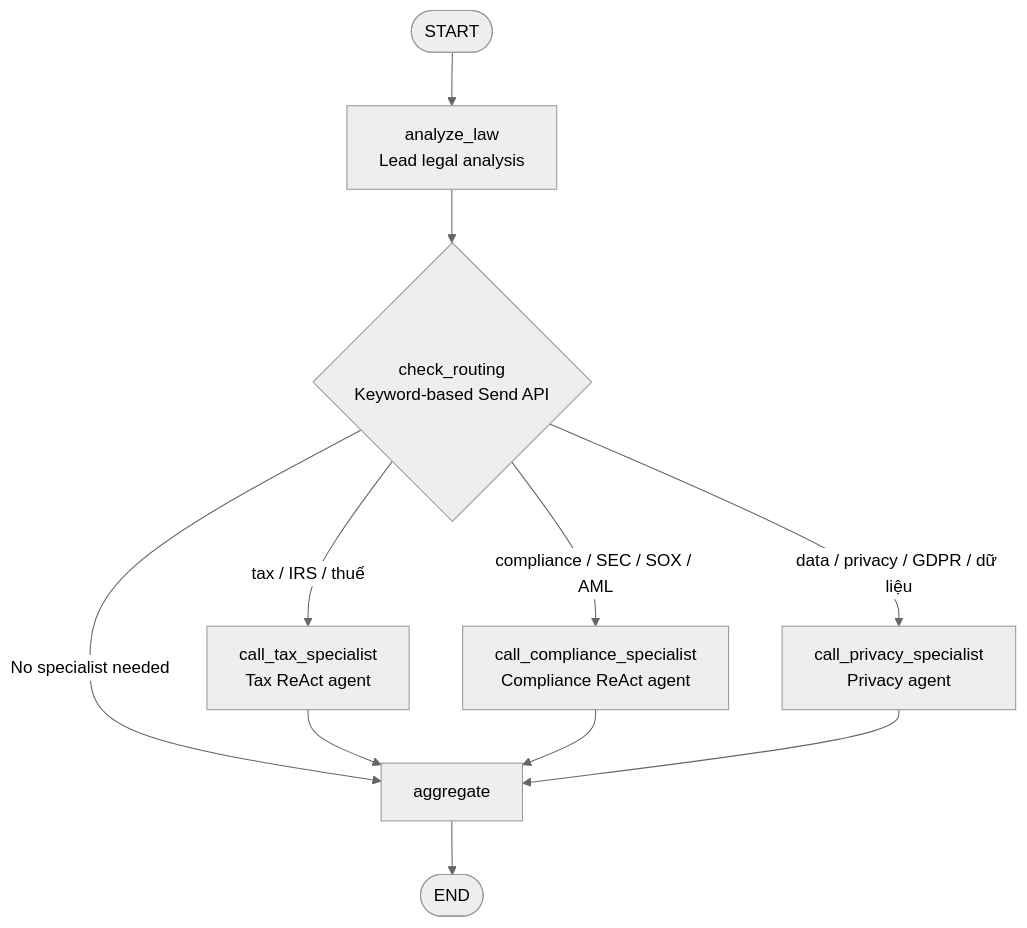
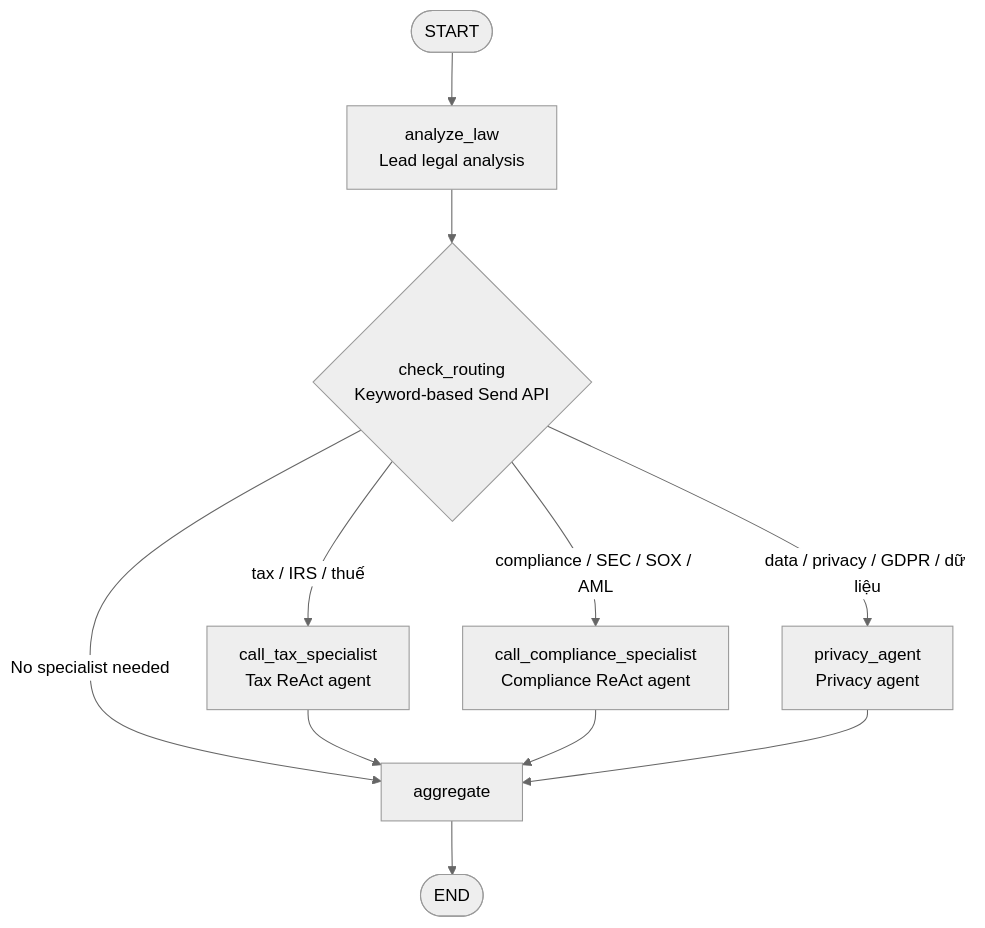
Before and after one commit to 22021202-VU-VAN-HUY/Batch02-Day9_Multi-Agent_MCP-A2A: the diagram in stages/stage_4_milti_agent/architecture.md, drawn with Mermaid (neutral theme). The commit also changed 2 other files, not shown here.

Commit message:
Align Stage 4 privacy agent naming

````diff
--- a/stages/stage_4_milti_agent/architecture.md
+++ b/stages/stage_4_milti_agent/architecture.md
@@ -3,15 +3,15 @@
 ```mermaid
 flowchart TD
     START([START]) --> LAW[analyze_law<br/>Lead legal analysis]
     LAW --> ROUTER{check_routing<br/>Keyword-based Send API}
 
     ROUTER -->|tax / IRS / thuế| TAX[call_tax_specialist<br/>Tax ReAct agent]
     ROUTER -->|compliance / SEC / SOX / AML| COMPLIANCE[call_compliance_specialist<br/>Compliance ReAct agent]
-    ROUTER -->|data / privacy / GDPR / dữ liệu| PRIVACY[call_privacy_specialist<br/>Privacy agent]
+    ROUTER -->|data / privacy / GDPR / dữ liệu| PRIVACY[privacy_agent<br/>Privacy agent]
     ROUTER -->|No specialist needed| AGGREGATE[aggregate]
 
     TAX --> AGGREGATE
     COMPLIANCE --> AGGREGATE
     PRIVACY --> AGGREGATE
     AGGREGATE --> END([END])
 ```
````
